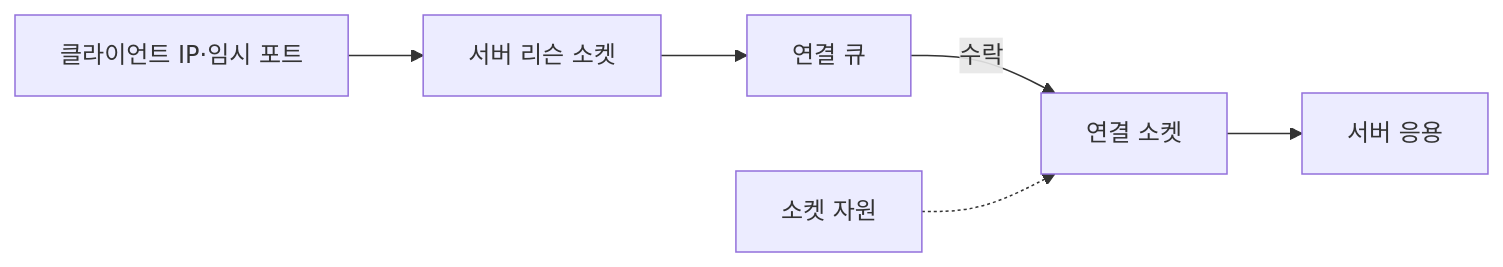
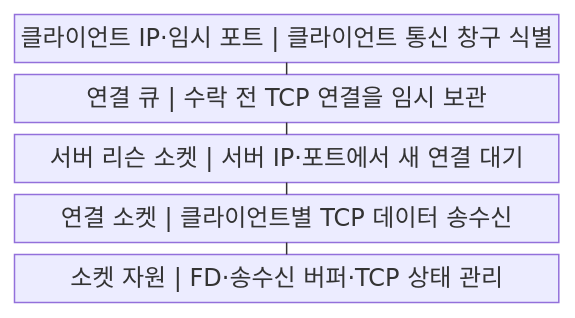
Before and after one commit to agnusdei1207/knowledge-base: the first of 2 diagrams in src/content/docs/notes/04-network/029_port_socket_communication.md, drawn with Mermaid. The commit also changed other lines of this file and 20 other files, not shown here.

````diff
--- a/src/content/docs/notes/04-network/029_port_socket_communication.md
+++ b/src/content/docs/notes/04-network/029_port_socket_communication.md
@@ -57,8 +58,13 @@
 ```mermaid
-flowchart LR
-    C["클라이언트 IP·임시 포트"] --> L["서버 리슨 소켓"]
-    L --> Q["연결 큐"]
-    Q -->|수락| S["연결 소켓"]
-    R["소켓 자원"] -.-> S
-    S --> A["서버 응용"]
+block
+    columns 1
+    A["클라이언트 IP·임시 포트 | 클라이언트 통신 창구 식별"]
+    B["연결 큐 | 수락 전 TCP 연결을 임시 보관"]
+    C["서버 리슨 소켓 | 서버 IP·포트에서 새 연결 대기"]
+    D["연결 소켓 | 클라이언트별 TCP 데이터 송수신"]
+    E["소켓 자원 | FD·송수신 버퍼·TCP 상태 관리"]
+    A --- B
+    B --- C
+    C --- D
+    D --- E
 ```
````
